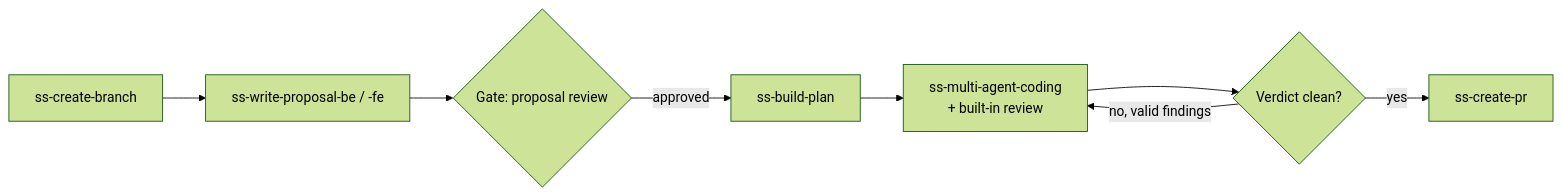
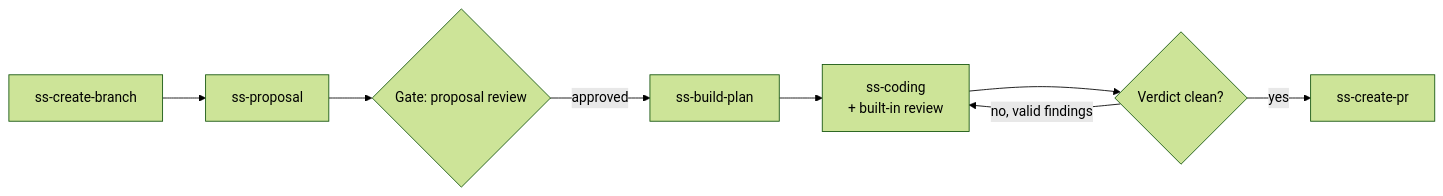
The first of 3 diagrams in docs/workflows.md (lbk-open/super-spec), drawn with Mermaid (forest theme) before and after one commit. The commit also changed other lines of this file and 26 other files, not shown here.

````diff
--- a/docs/workflows.md
+++ b/docs/workflows.md
@@ -31,10 +31,10 @@
 ```mermaid
 flowchart LR
-    A[ss-create-branch] --> B[ss-write-proposal-be / -fe]
+    A[ss-create-branch] --> B[ss-proposal]
     B --> G{Gate: proposal review}
     G -->|approved| C[ss-build-plan]
-    C --> D[ss-multi-agent-coding<br/>+ built-in review]
+    C --> D[ss-coding<br/>+ built-in review]
     D --> E{Verdict clean?}
     E -->|no, valid findings| D
     E -->|yes| F[ss-create-pr]
 ```
````
